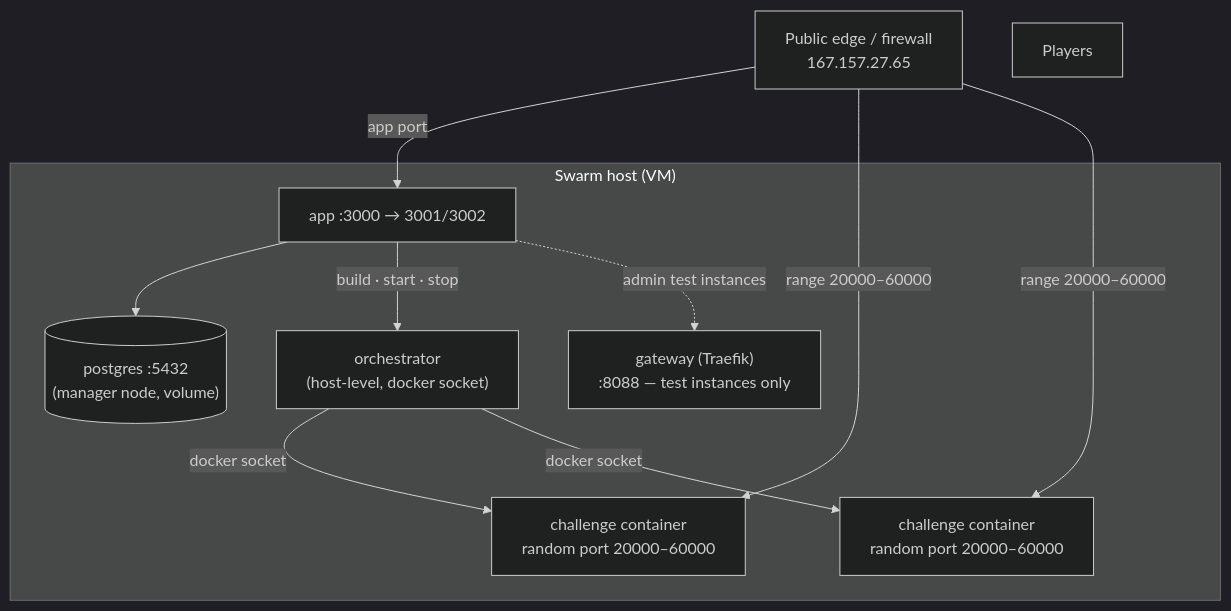
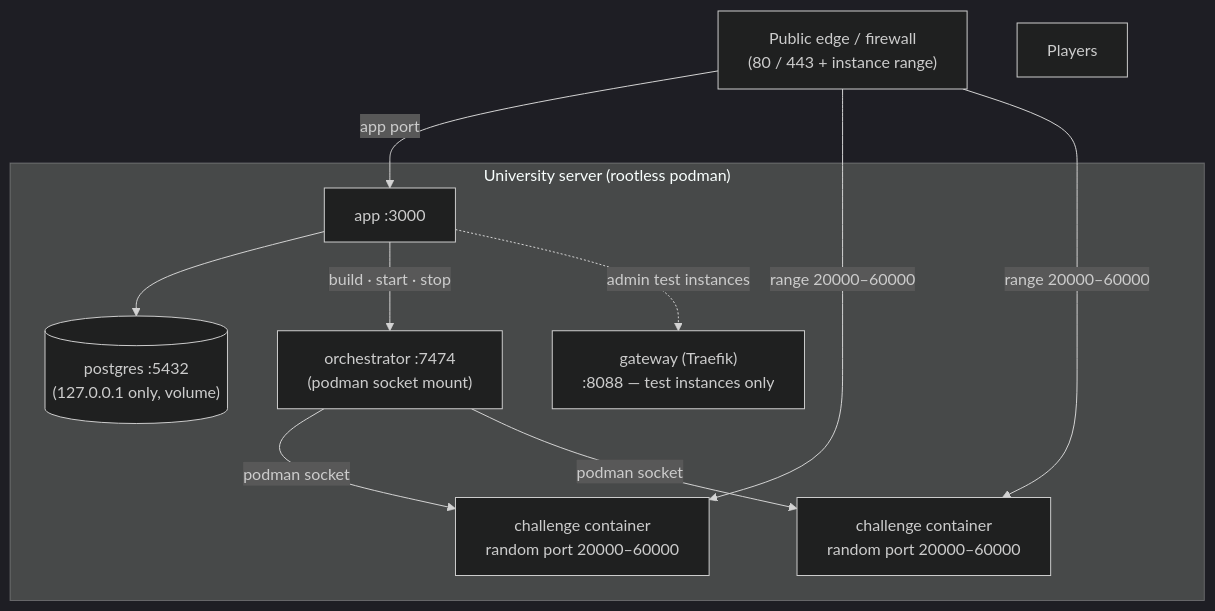
Before and after one commit to willypaz243/CTFrbt: the second of 3 diagrams in docs/deployment.md, drawn with Mermaid (dark theme). The commit also changed other lines of this file, not shown here.

````diff
--- a/docs/deployment.md
+++ b/docs/deployment.md
@@ -43,21 +44,21 @@
 ```mermaid
 flowchart TB
-    EDGE["Public edge / firewall<br/>167.157.27.65"]
-    subgraph vm["Swarm host (VM)"]
-        APP["app :3000 → 3001/3002"]
-        PG[("postgres :5432<br/>(manager node, volume)")]
+    EDGE["Public edge / firewall<br/>(80 / 443 + instance range)"]
+    subgraph vm["University server (rootless podman)"]
+        APP["app :3000"]
+        PG[("postgres :5432<br/>(127.0.0.1 only, volume)")]
         GW["gateway (Traefik)<br/>:8088 — test instances only"]
-        ORC["orchestrator<br/>(host-level, docker socket)"]
+        ORC["orchestrator :7474<br/>(podman socket mount)"]
         C1["challenge container<br/>random port 20000–60000"]
         C2["challenge container<br/>random port 20000–60000"]
     end
     P["Players"]
     EDGE -->|"app port"| APP
     EDGE -->|"range 20000–60000"| C1
     EDGE -->|"range 20000–60000"| C2
     APP --> PG
     APP -->|"build · start · stop"| ORC
-    ORC -->|"docker socket"| C1
-    ORC -->|"docker socket"| C2
+    ORC -->|"podman socket"| C1
+    ORC -->|"podman socket"| C2
     APP -.->|"admin test instances"| GW
 ```
````
